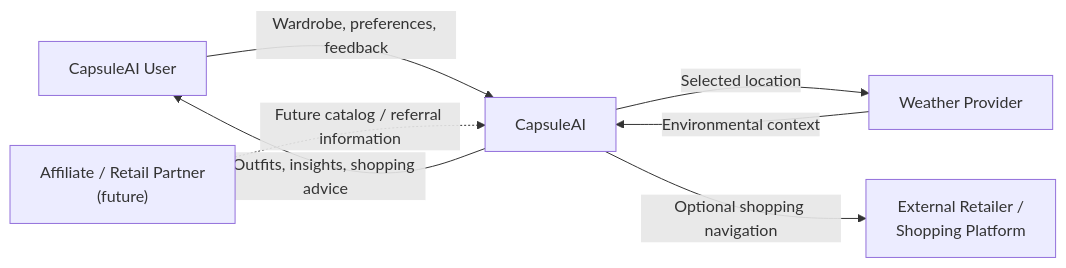
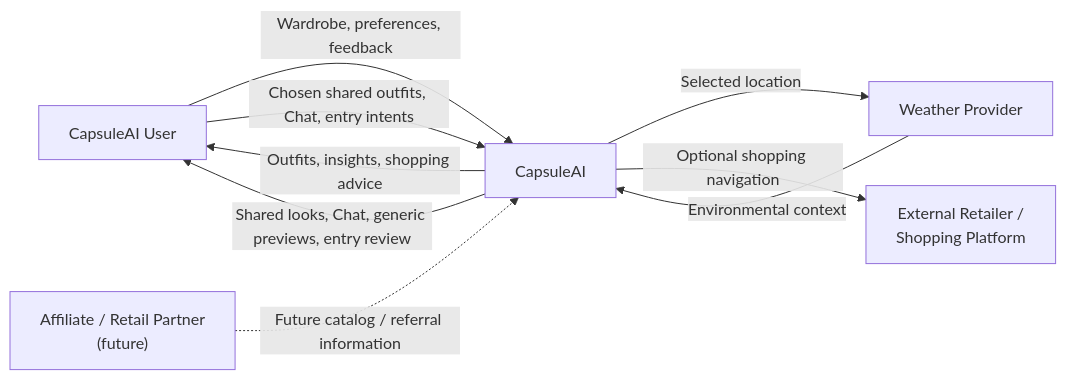
Before and after one commit to luubinhdeptrai/CapsuleAI: the second of 7 diagrams in docs/01-business/BRD.md, drawn with Mermaid. The commit also changed other lines of this file and 89 other files, not shown here.

````diff
--- a/docs/01-business/BRD.md
+++ b/docs/01-business/BRD.md
@@ -171,15 +174,17 @@
 ```mermaid
 flowchart LR
     User["CapsuleAI User"]
     Capsule["CapsuleAI"]
     Weather["Weather Provider"]
     Retailer["External Retailer /<br/>Shopping Platform"]
     Partner["Affiliate / Retail Partner<br/>(future)"]
 
     User -->|"Wardrobe, preferences, feedback"| Capsule
+    User -->|"Chosen shared outfits, Chat, entry intents"| Capsule
     Capsule -->|"Outfits, insights, shopping advice"| User
+    Capsule -->|"Shared looks, Chat, generic previews, entry review"| User
     Capsule -->|"Selected location"| Weather
     Weather -->|"Environmental context"| Capsule
     Capsule -->|"Optional shopping navigation"| Retailer
     Partner -.->|"Future catalog / referral information"| Capsule
 ```
````
